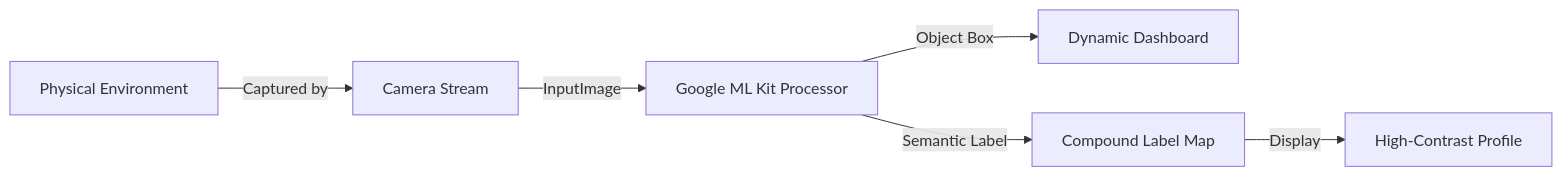
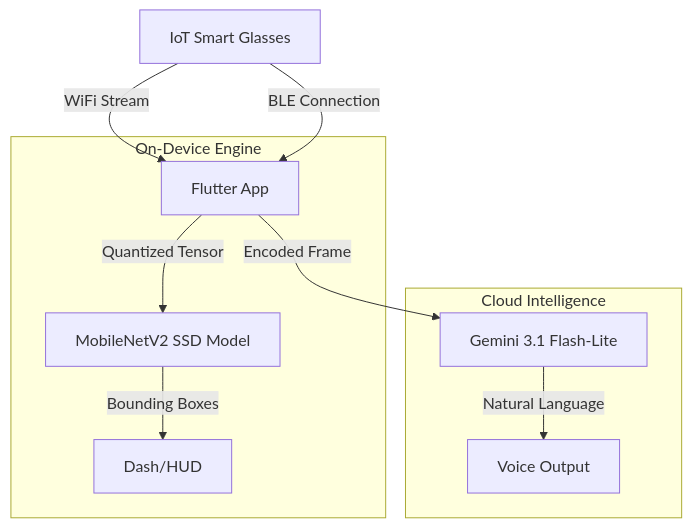
The diagram in README.md (darknecrocities/EasyLense), drawn with Mermaid before and after one commit. The commit also changed other lines of this file, not shown here.

Commit message:
feat: finish setup profile, navigation and re-route firestore database

````diff
--- a/README.md
+++ b/README.md
@@ -57,8 +66,13 @@
 ```mermaid
-graph LR
-    Environment[Physical Environment] -->|Captured by| Camera[Camera Stream]
-    Camera -->|InputImage| MLKit[Google ML Kit Processor]
-    MLKit -->|Object Box| HUD[Dynamic Dashboard]
-    MLKit -->|Semantic Label| Labels[Compound Label Map]
-    Labels -->|Display| UI[High-Contrast Profile]
+graph TD
+    Glasses[IoT Smart Glasses] -->|WiFi Stream| App[Flutter App]
+    Glasses -->|BLE Connection| App
+    subgraph "On-Device Engine"
+        App -->|Quantized Tensor| MobileNet[MobileNetV2 SSD Model]
+        MobileNet -->|Bounding Boxes| UI[Dash/HUD]
+    end
+    subgraph "Cloud Intelligence"
+        App -->|Encoded Frame| Gemini[Gemini 3.1 Flash-Lite]
+        Gemini -->|Natural Language| Audio[Voice Output]
+    end
 ```
````
